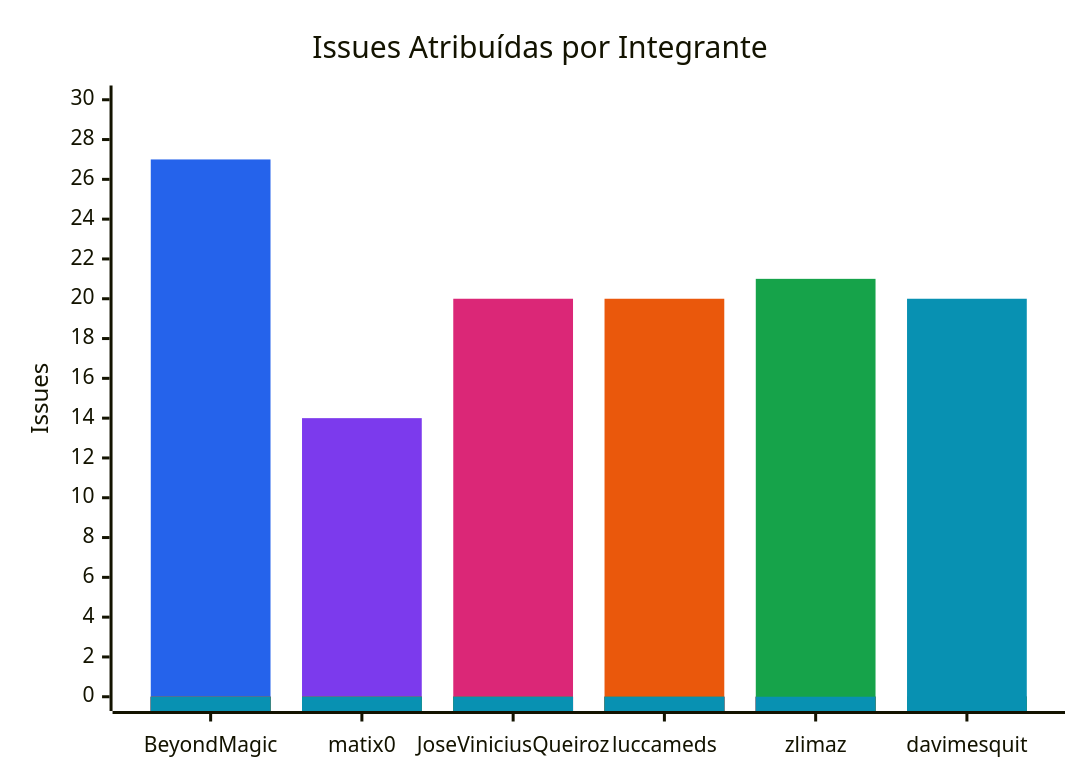
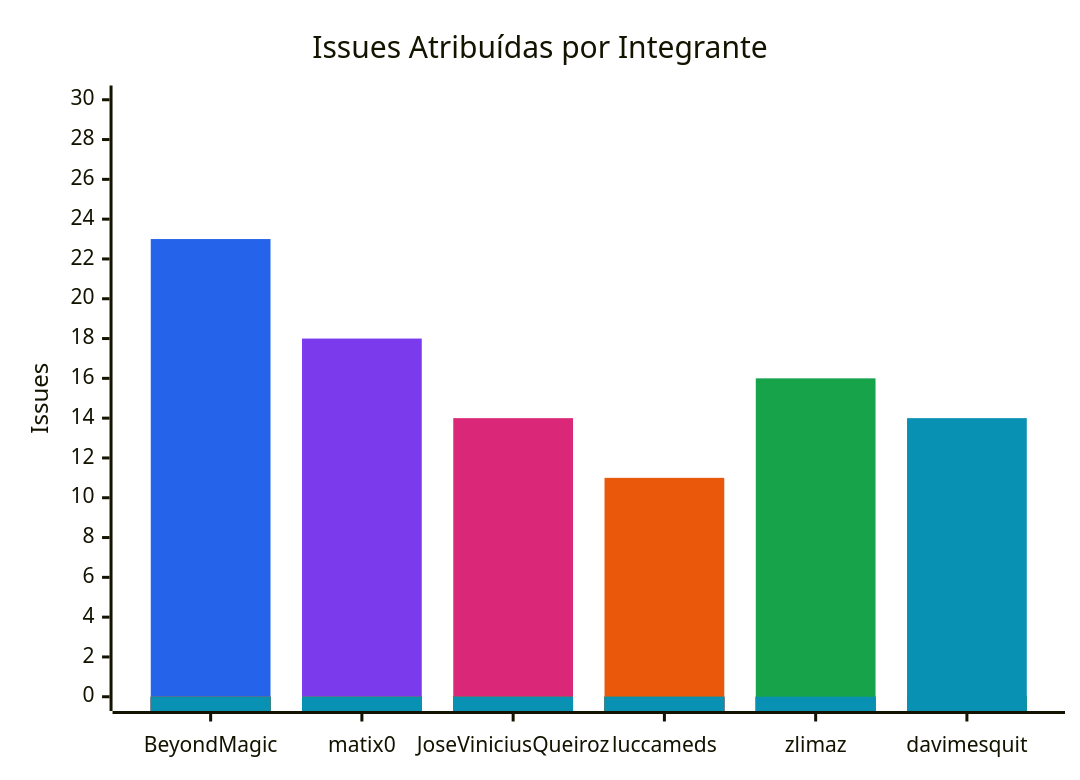
Before and after one commit to FCTE-Qualidade-de-Software-1/2026-2_T02_FRANS_BILAS: the diagram in documentation/snippets/management/assigned-issues.mmd, drawn with Mermaid. The commit also changed 9 other files, not shown here.

```diff
--- a/documentation/snippets/management/assigned-issues.mmd
+++ b/documentation/snippets/management/assigned-issues.mmd
@@ -1,11 +1,11 @@
 %%{init: {"themeVariables": {"xyChart": {"plotColorPalette": "#2563eb, #7c3aed, #db2777, #ea580c, #16a34a, #0891b2"}}}}%%
 xychart-beta
     title "Issues Atribuídas por Integrante"
     x-axis ["BeyondMagic", "matix0", "JoseViniciusQueiroz", "luccameds", "zlimaz", "davimesquit"]
     y-axis "Issues" 0 --> 30
-    bar [27, 0, 0, 0, 0, 0]
-    bar [0, 14, 0, 0, 0, 0]
-    bar [0, 0, 20, 0, 0, 0]
-    bar [0, 0, 0, 20, 0, 0]
-    bar [0, 0, 0, 0, 21, 0]
-    bar [0, 0, 0, 0, 0, 20]
+    bar [23, 0, 0, 0, 0, 0]
+    bar [0, 18, 0, 0, 0, 0]
+    bar [0, 0, 14, 0, 0, 0]
+    bar [0, 0, 0, 11, 0, 0]
+    bar [0, 0, 0, 0, 16, 0]
+    bar [0, 0, 0, 0, 0, 14]
```
